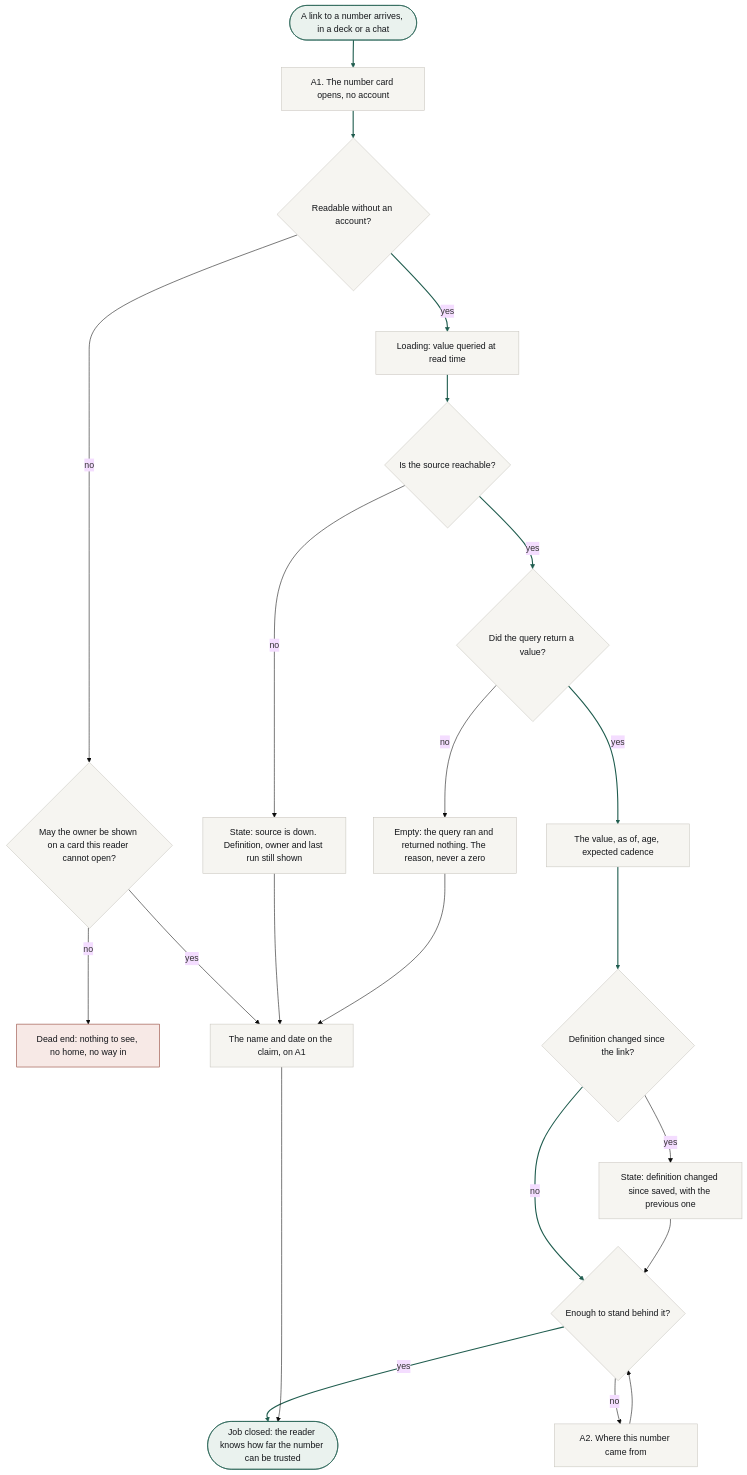
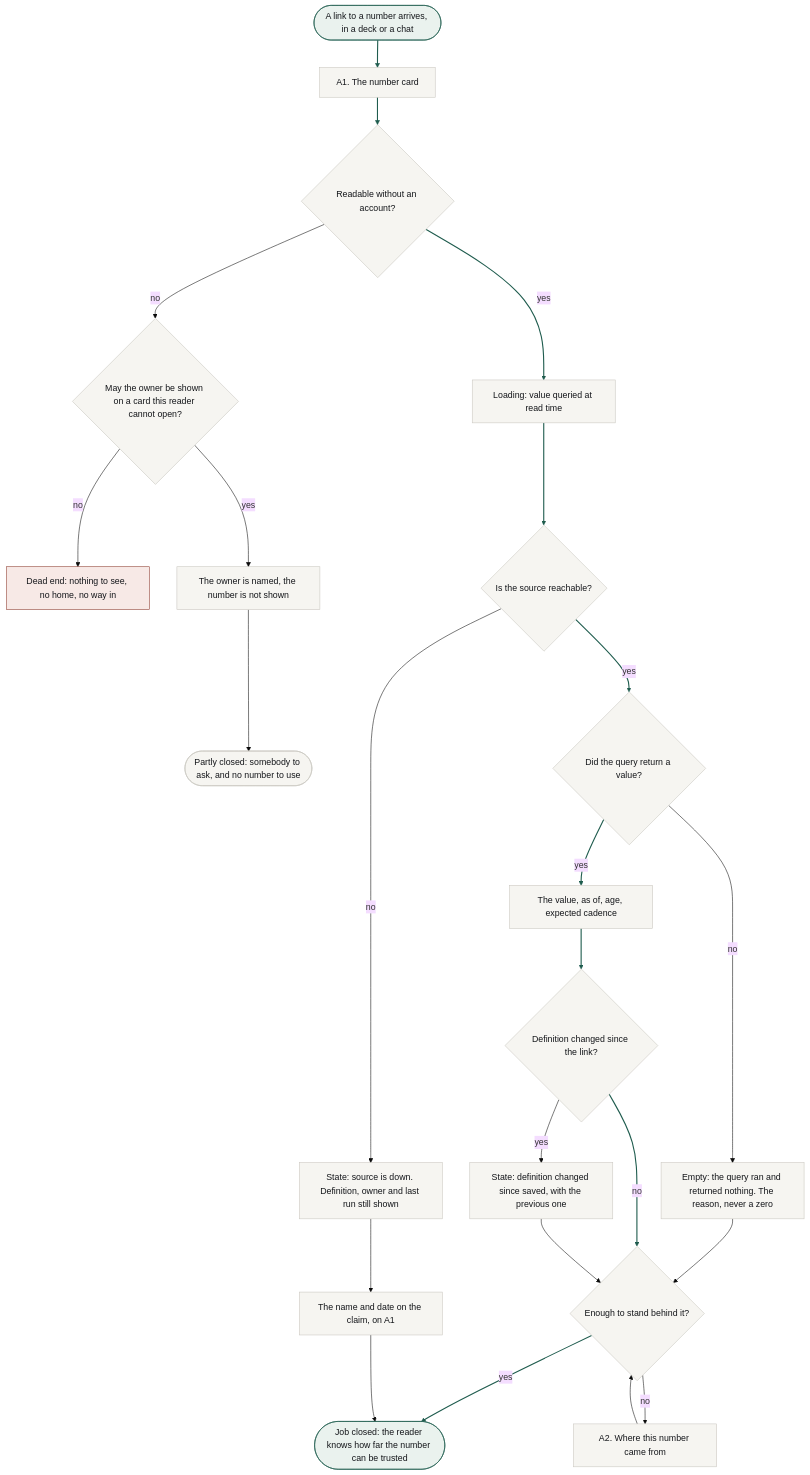
Before and after one commit to sergiodesign4u-dot/plumb: the first of 4 diagrams in ia/docs/flows.md, drawn with Mermaid (base theme). The commit also changed other lines of this file and 5 other files, not shown here.

````diff
--- a/ia/docs/flows.md
+++ b/ia/docs/flows.md
@@ -15,32 +15,33 @@
 ```mermaid
 flowchart TD
-    Start(["A link to a number arrives, in a deck or a chat"]) --> A1["A1. The number card opens, no account"]
+    Start(["A link to a number arrives, in a deck or a chat"]) --> A1["A1. The number card"]
     A1 --> Perm{"Readable without an account?"}
     Perm -->|no| Own{"May the owner be shown on a card this reader cannot open?"}
     Own -->|no| Dead1["Dead end: nothing to see, no home, no way in"]
-    Own -->|yes| Who["The name and date on the claim, on A1"]
+    Own -->|yes| NoNum["The owner is named, the number is not shown"]
+    NoNum --> Part(["Partly closed: somebody to ask, and no number to use"])
     Perm -->|yes| Load["Loading: value queried at read time"]
     Load --> Src{"Is the source reachable?"}
     Src -->|no| Down["State: source is down. Definition, owner and last run still shown"]
-    Down --> Who
+    Down --> Who["The name and date on the claim, on A1"]
     Src -->|yes| Ret{"Did the query return a value?"}
     Ret -->|no| Emptyv["Empty: the query ran and returned nothing. The reason, never a zero"]
-    Emptyv --> Who
+    Emptyv --> Enough{"Enough to stand behind it?"}
     Ret -->|yes| Fresh["The value, as of, age, expected cadence"]
     Fresh --> Chg{"Definition changed since the link?"}
-    Chg -->|no| Enough{"Enough to stand behind it?"}
+    Chg -->|no| Enough
     Chg -->|yes| Changed["State: definition changed since saved, with the previous one"]
     Changed --> Enough
     Enough -->|no| A2["A2. Where this number came from"]
     A2 --> Enough
     Enough -->|yes| Win(["Job closed: the reader knows how far the number can be trusted"])
     Who --> Win
 
     classDef success fill:#eaf2ee,stroke:#1f5c4e,color:#14161a;
     classDef dead fill:#f7e9e6,stroke:#8c3b2e,color:#14161a;
     classDef neutral fill:#f6f5f1,stroke:#c9c6bf,color:#14161a;
     class Start,Win success;
     class Dead1 dead;
-    class A1,Perm,Own,Load,Src,Down,Who,Ret,Emptyv,Fresh,Chg,Changed,Enough,A2 neutral;
-    linkStyle 0,1,5,6,9,12,13,14,19 stroke:#1f5c4e,stroke-width:2px;
+    class A1,Perm,Own,NoNum,Part,Load,Src,Down,Who,Ret,Emptyv,Fresh,Chg,Changed,Enough,A2 neutral;
+    linkStyle 0,1,6,7,10,13,14,15,20 stroke:#1f5c4e,stroke-width:2px;
 ```
````
